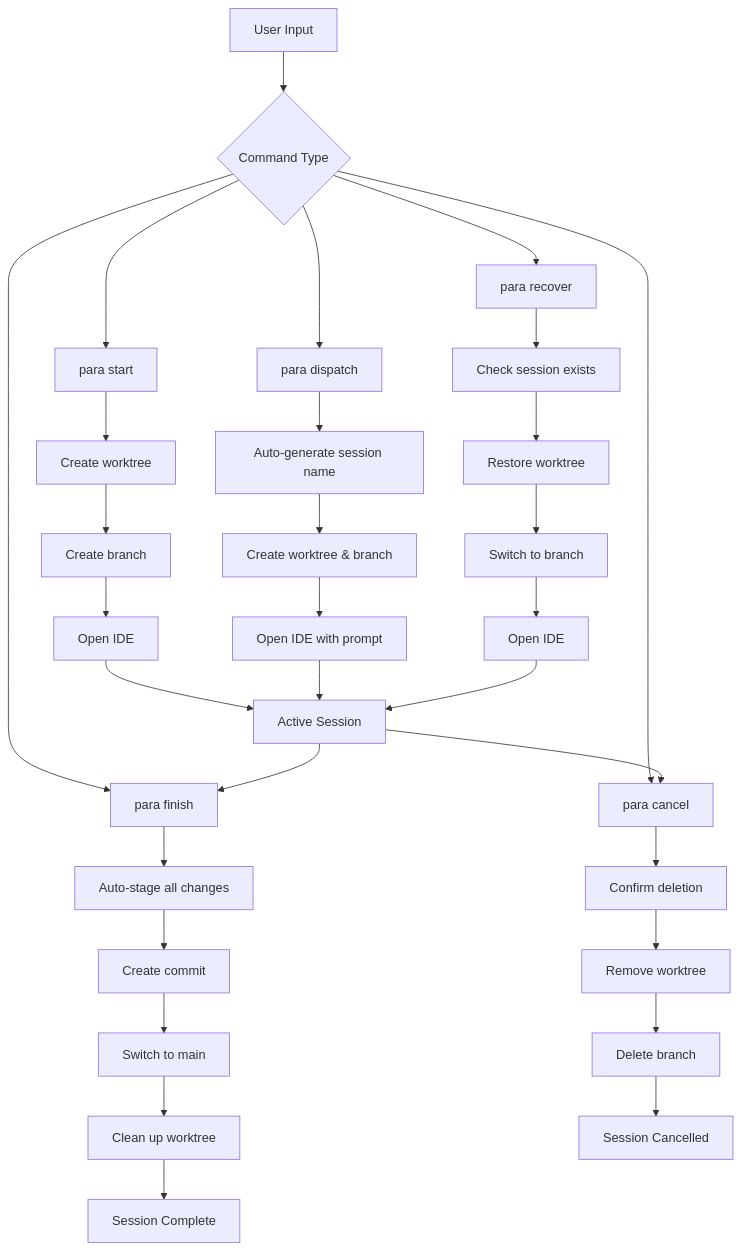
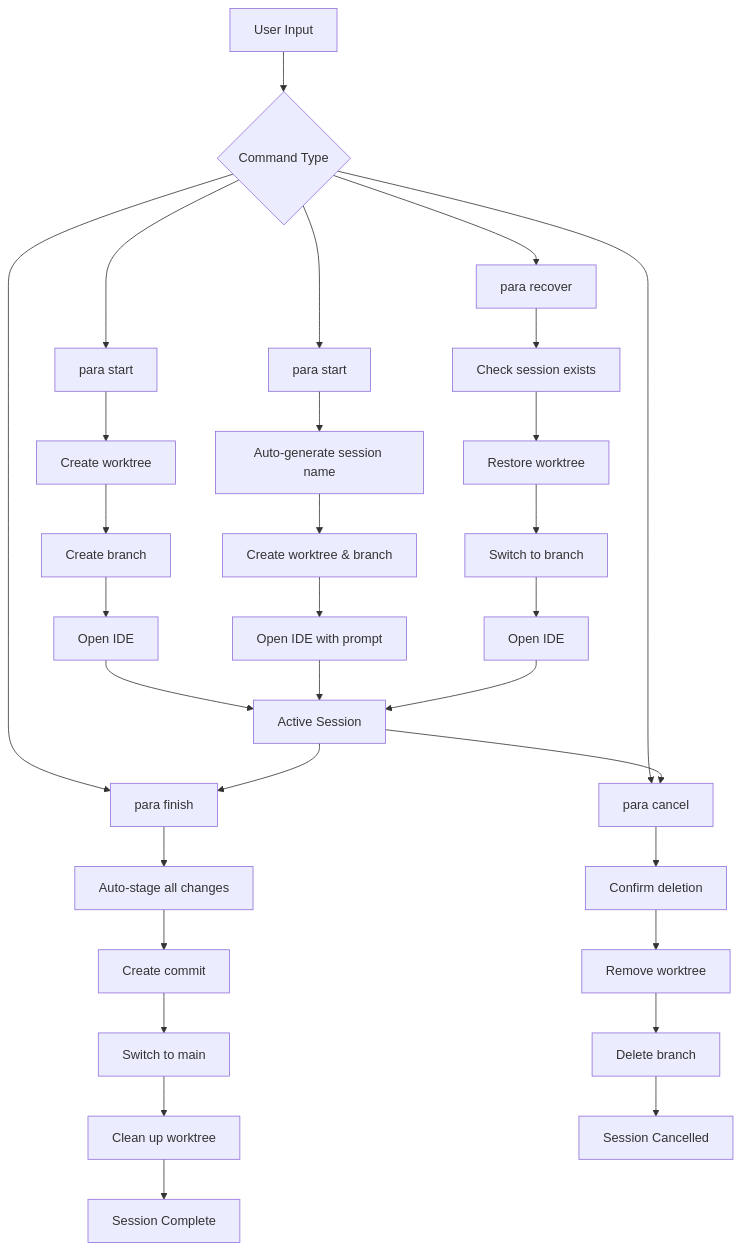
One commit to 2mawi2/para changed the second of 6 diagrams in docs/WORKFLOW.md. Above: the diagram before and after it, drawn with Mermaid. The commit also changed other lines of this file and 26 other files, not shown here.

Commit message:
unify dispatch and start to one command

````diff
--- a/docs/WORKFLOW.md
+++ b/docs/WORKFLOW.md
@@ -37,41 +37,41 @@
 ```mermaid
 flowchart TD
     A[User Input] --> B{Command Type}
     
     B --> C[para start]
-    B --> D[para dispatch]
+    B --> D[para start <prompt>]
     B --> F[para finish]
     B --> G[para cancel]
     B --> H[para recover]
     
     C --> C1[Create worktree]
     C1 --> C2[Create branch]
     C2 --> C3[Open IDE]
     C3 --> I[Active Session]
     
     D --> D1[Auto-generate session name]
     D1 --> D2[Create worktree & branch]
     D2 --> D3[Open IDE with prompt]
     D3 --> I
     
     I --> F
     
     F --> F1[Auto-stage all changes]
     F1 --> F2[Create commit]
     F2 --> F3[Switch to main]
     F3 --> F4[Clean up worktree]
     F4 --> K[Session Complete]
     
     I --> G
     
     G --> G1[Confirm deletion]
     G1 --> G2[Remove worktree]
     G2 --> G3[Delete branch]
     G3 --> L[Session Cancelled]
     
     H --> H1[Check session exists]
     H1 --> H2[Restore worktree]
     H2 --> H3[Switch to branch]
     H3 --> H4[Open IDE]
     H4 --> I
 ```
````
